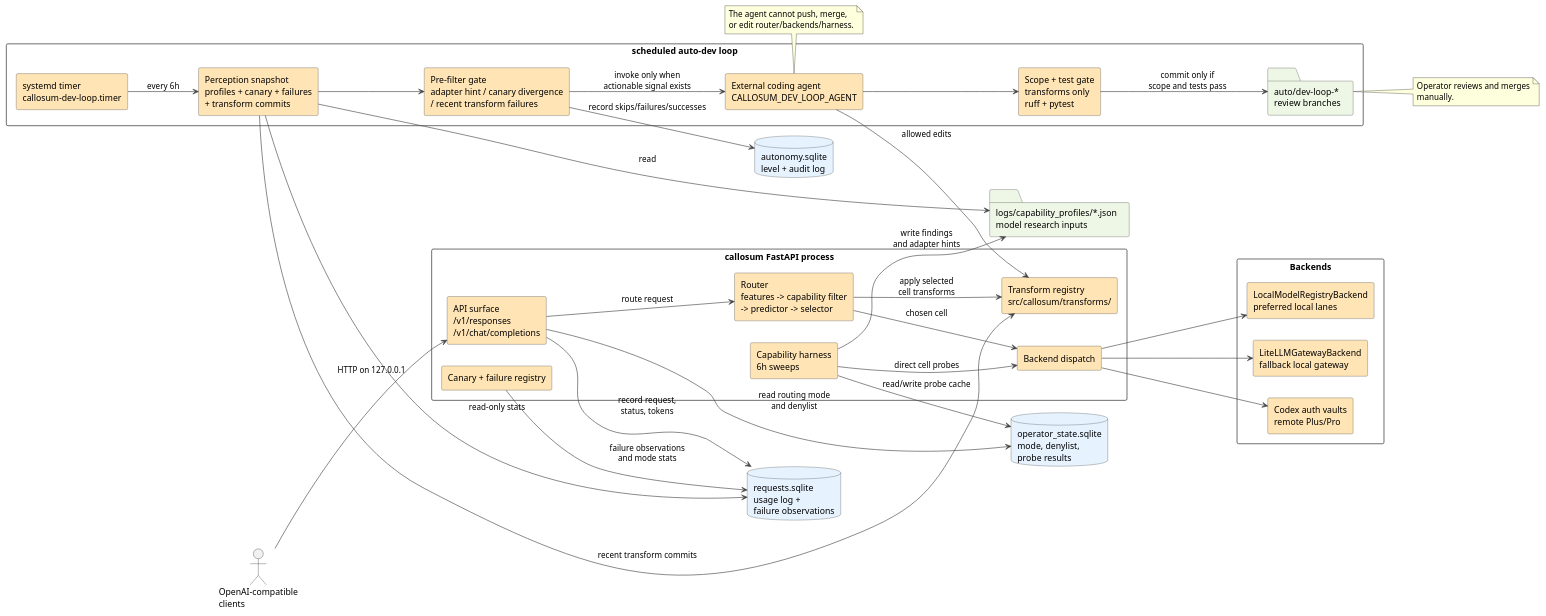
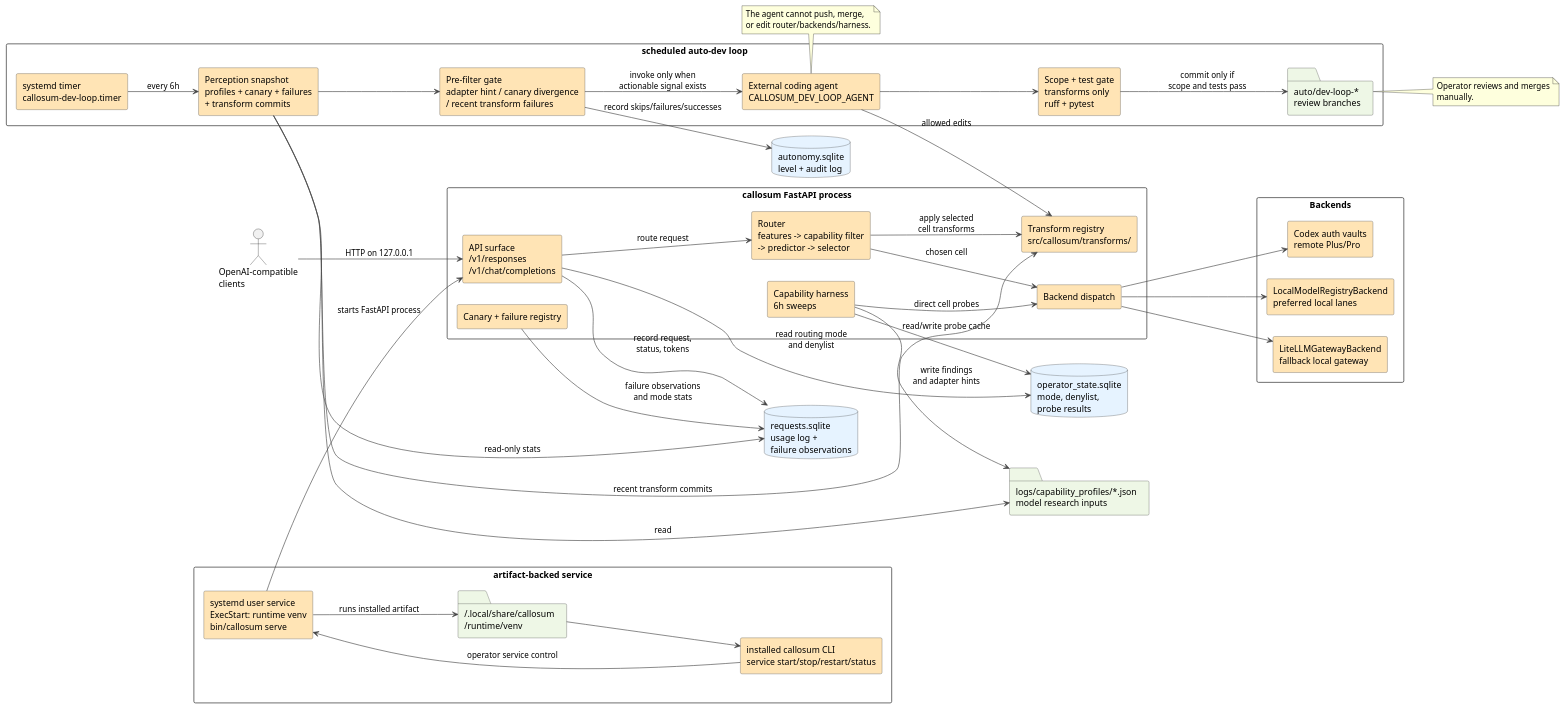
Before and after one commit to rohankhanna/callosum: the diagram in docs/architecture/runtime_topology.puml, drawn with PlantUML. The commit also changed 5 other files, not shown here.

```diff
--- a/docs/architecture/runtime_topology.puml
+++ b/docs/architecture/runtime_topology.puml
@@ -1,87 +1,97 @@
 @startuml runtime_topology
 ' Callosum runtime topology — process/module view plus the self-observation
 ' and dev-loop path that can produce transform-only review branches.
 
 skinparam backgroundColor #FFFFFF
 skinparam defaultFontName "Helvetica"
 skinparam shadowing false
 skinparam componentStyle rectangle
 skinparam packageStyle rectangle
 skinparam ArrowColor #444444
 skinparam ComponentBorderColor #444444
 skinparam ComponentBackgroundColor #FFE4B5
 skinparam DatabaseBorderColor #444444
 skinparam DatabaseBackgroundColor #E6F3FF
 skinparam FolderBorderColor #444444
 skinparam FolderBackgroundColor #EEF7E6
 
 left to right direction
 
 actor "OpenAI-compatible\nclients" as Clients
+
+package "artifact-backed service" as ServiceRuntime {
+  component "systemd user service\nExecStart: runtime venv\nbin/callosum serve" as ServiceUnit
+  folder "~/.local/share/callosum\n/runtime/venv" as RuntimeVenv
+  component "installed callosum CLI\nservice start/stop/restart/status" as RuntimeCli
+}
 
 package "callosum FastAPI process" as Proxy {
   component "API surface\n/v1/responses\n/v1/chat/completions" as API
   component "Router\nfeatures -> capability filter\n-> predictor -> selector" as Router
   component "Transform registry\nsrc/callosum/transforms/" as Transforms
   component "Backend dispatch" as Dispatch
   component "Capability harness\n6h sweeps" as Harness
   component "Canary + failure registry" as Canary
 }
 
 package "Backends" as Backends {
   component "Codex auth vaults\nremote Plus/Pro" as Codex
   component "LocalModelRegistryBackend\npreferred local lanes" as Local
   component "LiteLLMGatewayBackend\nfallback local gateway" as LiteLLM
 }
 
 database "operator_state.sqlite\nmode, denylist,\nprobe results" as OperatorState
 database "requests.sqlite\nusage log +\nfailure observations" as UsageLog
 folder "logs/capability_profiles/*.json\nmodel research inputs" as Profiles
 database "autonomy.sqlite\nlevel + audit log" as Autonomy
 
 package "scheduled auto-dev loop" as AutoDev {
   component "systemd timer\ncallosum-dev-loop.timer" as Timer
   component "Perception snapshot\nprofiles + canary + failures\n+ transform commits" as Perception
   component "Pre-filter gate\nadapter hint / canary divergence\n/ recent transform failures" as Gate
   component "External coding agent\nCALLOSUM_DEV_LOOP_AGENT" as Agent
   component "Scope + test gate\ntransforms only\nruff + pytest" as Verify
   folder "auto/dev-loop-*\nreview branches" as Branches
 }
 
 Clients --> API : HTTP on 127.0.0.1
+ServiceUnit --> RuntimeVenv : runs installed artifact
+RuntimeVenv --> RuntimeCli
+RuntimeCli --> ServiceUnit : operator service control
+ServiceUnit --> API : starts FastAPI process
 API --> OperatorState : read routing mode\nand denylist
 API --> Router : route request
 Router --> Transforms : apply selected\ncell transforms
 Router --> Dispatch : chosen cell
 Dispatch --> Codex
 Dispatch --> Local
 Dispatch --> LiteLLM
 API --> UsageLog : record request,\nstatus, tokens
 
 Harness --> Dispatch : direct cell probes
 Harness --> OperatorState : read/write probe cache
 Harness --> Profiles : write findings\nand adapter hints
 Canary --> UsageLog : failure observations\nand mode stats
 
 Timer --> Perception : every 6h
 Perception --> Profiles : read
 Perception --> UsageLog : read-only stats
 Perception --> Transforms : recent transform commits
 Perception --> Gate
 Gate --> Autonomy : record skips/failures/successes
 Gate --> Agent : invoke only when\nactionable signal exists
 Agent --> Transforms : allowed edits
 Agent --> Verify
 Verify --> Branches : commit only if\nscope and tests pass
 
 note bottom of Agent
   The agent cannot push, merge,
   or edit router/backends/harness.
 end note
 
 note right of Branches
   Operator reviews and merges
   manually.
 end note
 
 @enduml
```
